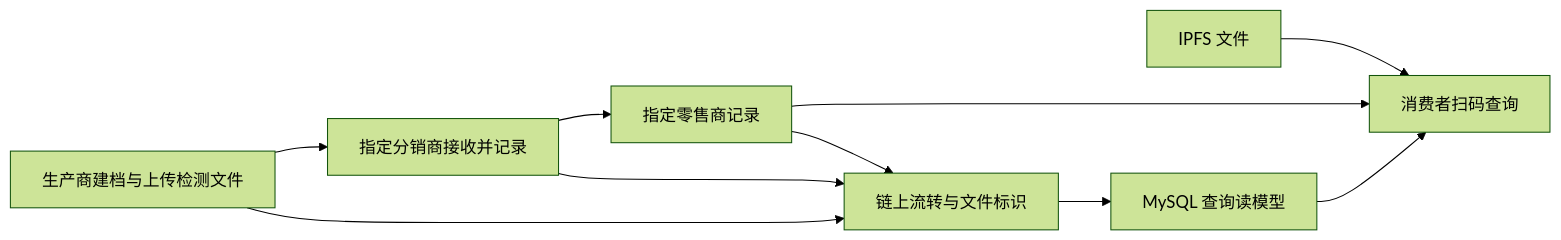
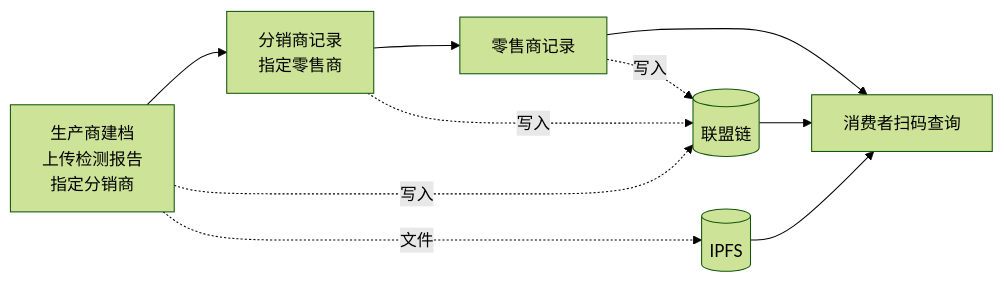
One commit to asifours-blip/traceability-system changed the diagram in README.md. Above: the diagram before and after it, drawn with Mermaid (forest theme). The commit also changed other lines of this file, not shown here.

````diff
--- a/README.md
+++ b/README.md
@@ -9,12 +7,9 @@
 ```mermaid
 flowchart LR
-    A[生产商建档与上传检测文件] --> B[指定分销商接收并记录]
-    B --> C[指定零售商记录]
+    A[生产商建档<br/>上传检测报告<br/>指定分销商] --> B[分销商记录<br/>指定零售商]
+    B --> C[零售商记录]
     C --> D[消费者扫码查询]
-    A --> E[链上流转与文件标识]
-    B --> E
-    C --> E
-    F[IPFS 文件] --> D
-    E --> G[MySQL 查询读模型]
-    G --> D
+    A & B & C -. 写入 .-> E[(联盟链)]
+    A -. 文件 .-> F[(IPFS)]
+    E & F --> D
 ```
````
